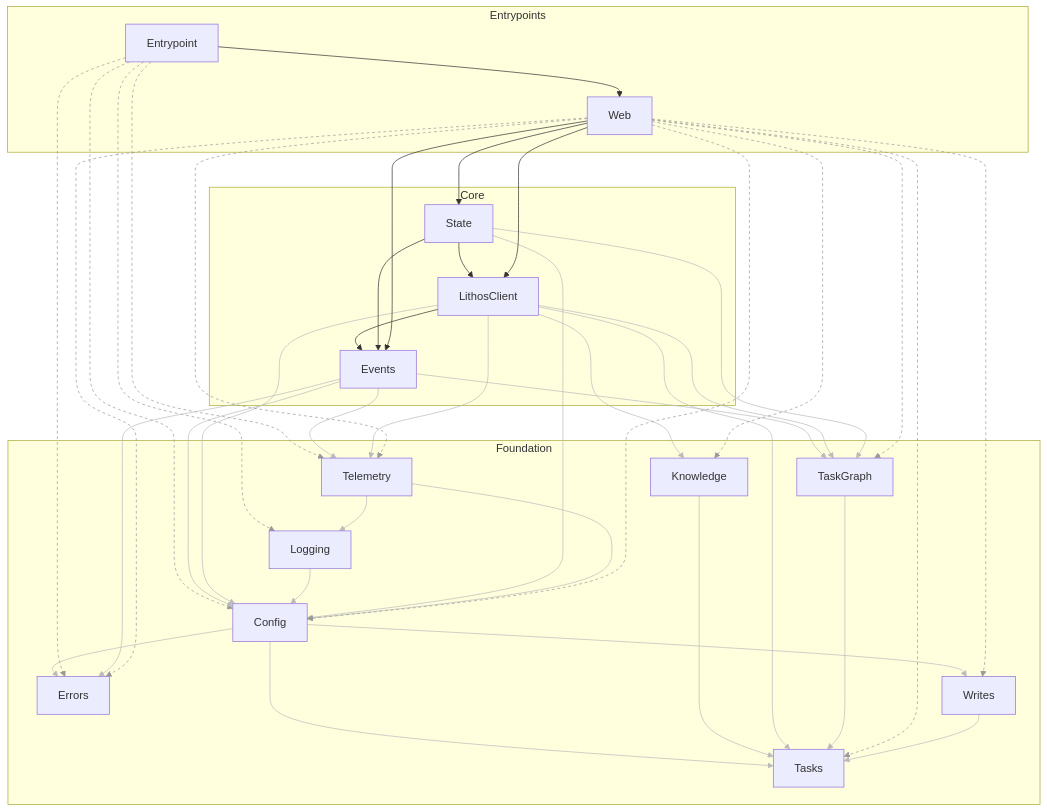
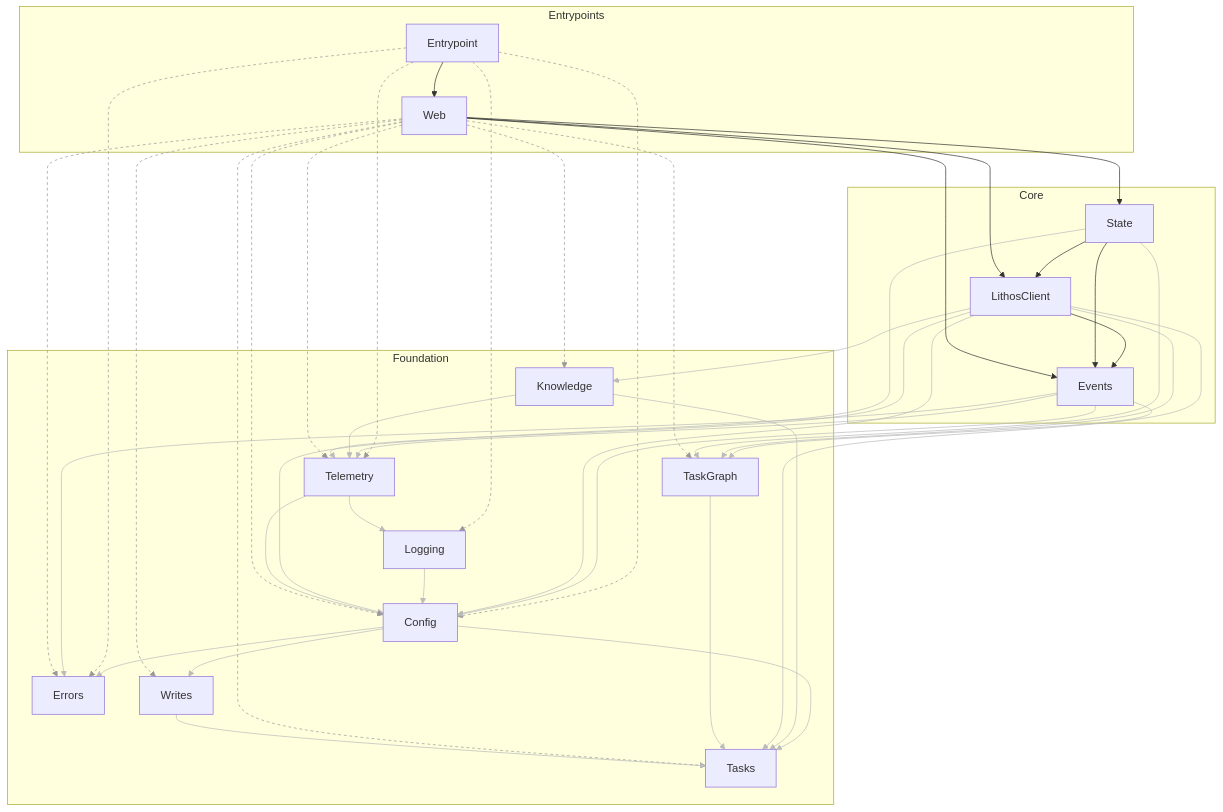
The diagram in docs/generated/architecture.md (agent-lore/lithos-lens), drawn with Mermaid before and after one commit. The commit also changed 34 other files, not shown here.

````diff
--- a/docs/generated/architecture.md
+++ b/docs/generated/architecture.md
@@ -50,6 +50,7 @@
   Events --> TaskGraph
   Events --> Telemetry
   Knowledge --> Tasks
+  Knowledge --> Telemetry
   LithosClient --> Config
   LithosClient --> Events
   LithosClient --> Knowledge
@@ -88,22 +89,23 @@
   linkStyle 11 stroke:#bbb
   linkStyle 12 stroke:#bbb
   linkStyle 13 stroke:#bbb
-  linkStyle 15 stroke:#bbb
+  linkStyle 14 stroke:#bbb
   linkStyle 16 stroke:#bbb
   linkStyle 17 stroke:#bbb
   linkStyle 18 stroke:#bbb
   linkStyle 19 stroke:#bbb
   linkStyle 20 stroke:#bbb
-  linkStyle 23 stroke:#bbb
+  linkStyle 21 stroke:#bbb
   linkStyle 24 stroke:#bbb
   linkStyle 25 stroke:#bbb
   linkStyle 26 stroke:#bbb
-  linkStyle 27 stroke:#999,stroke-dasharray:4
+  linkStyle 27 stroke:#bbb
   linkStyle 28 stroke:#999,stroke-dasharray:4
-  linkStyle 30 stroke:#999,stroke-dasharray:4
-  linkStyle 33 stroke:#999,stroke-dasharray:4
+  linkStyle 29 stroke:#999,stroke-dasharray:4
+  linkStyle 31 stroke:#999,stroke-dasharray:4
   linkStyle 34 stroke:#999,stroke-dasharray:4
   linkStyle 35 stroke:#999,stroke-dasharray:4
   linkStyle 36 stroke:#999,stroke-dasharray:4
-  linkStyle 37 stroke:#bbb
+  linkStyle 37 stroke:#999,stroke-dasharray:4
+  linkStyle 38 stroke:#bbb
 ```
````
